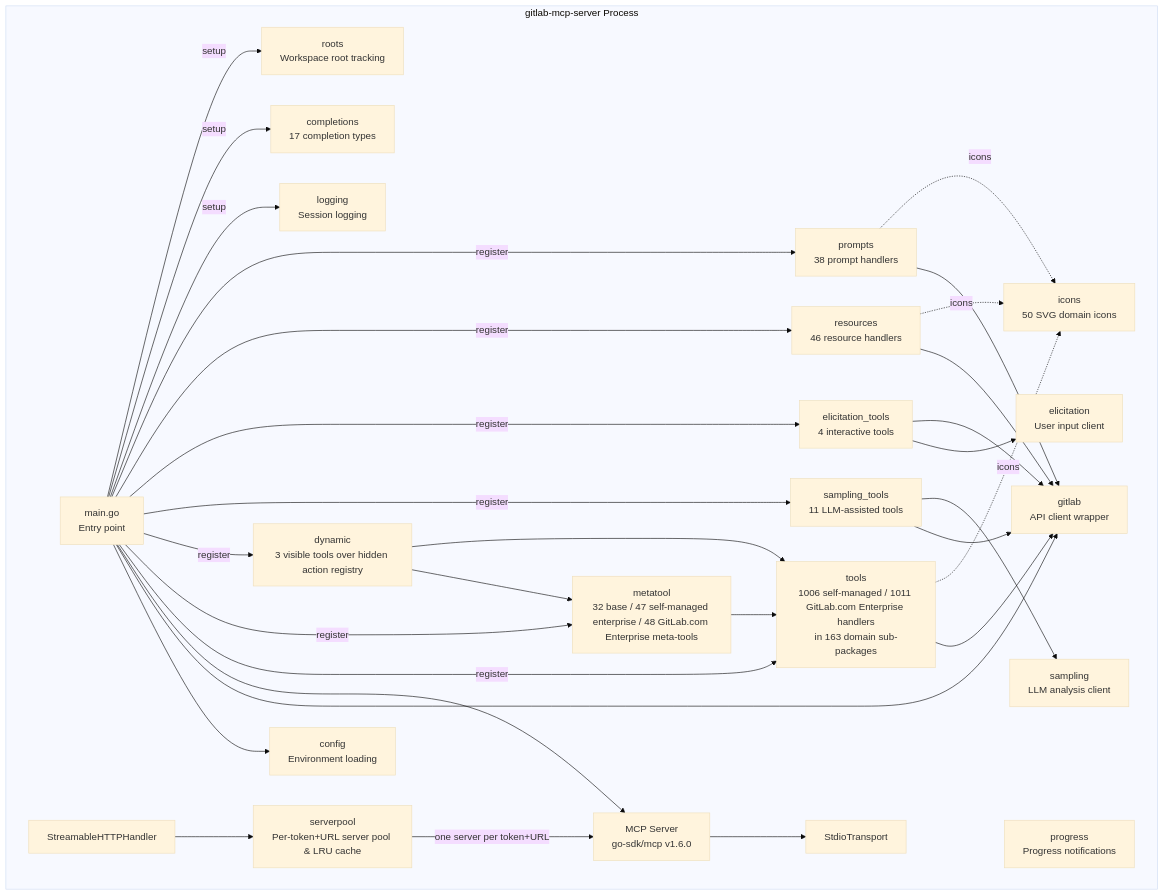
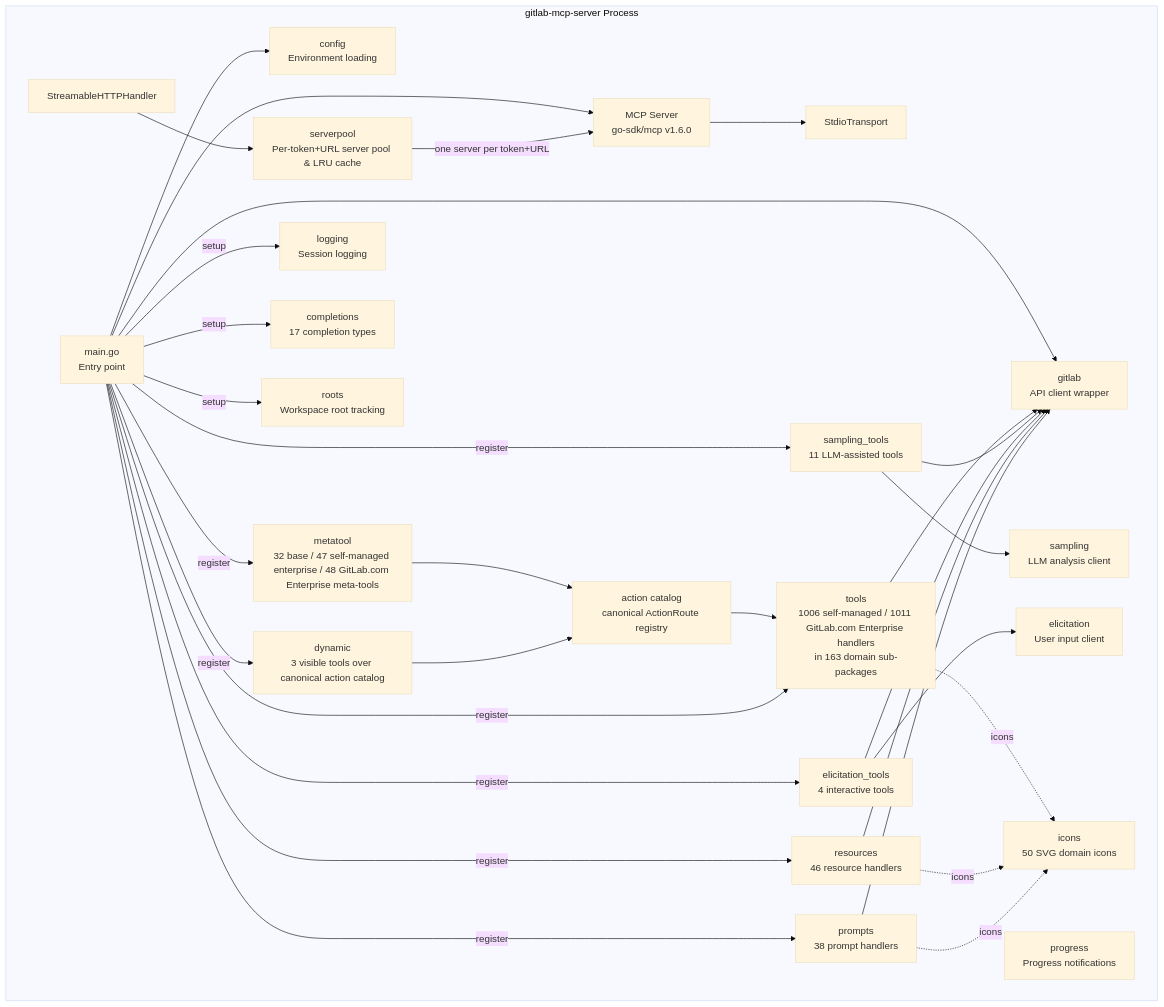
The third of 11 diagrams in docs/architecture.md (jmrplens/gitlab-mcp-server), drawn with Mermaid (base theme) before and after one commit. The commit also changed other lines of this file and 62 other files, not shown here.

First line of the commit message:
feat(dynamic): add canonical action catalog

````diff
--- a/docs/architecture.md
+++ b/docs/architecture.md
@@ -64,56 +64,57 @@
 ```mermaid
 graph TD
     subgraph "gitlab-mcp-server Process"
         MAIN[main.go<br/>Entry point]
         CFG[config<br/>Environment loading]
         GL[gitlab<br/>API client wrapper]
         TOOLS[tools<br/>1006 self-managed / 1011 GitLab.com Enterprise handlers<br/>in 163 domain sub-packages]
+        CATALOG[action catalog<br/>canonical ActionRoute registry]
         META[metatool<br/>32 base / 47 self-managed enterprise / 48 GitLab.com Enterprise meta-tools]
-        DYN[dynamic<br/>3 visible tools over hidden action registry]
+        DYN[dynamic<br/>3 visible tools over canonical action catalog]
         SAMP[sampling_tools<br/>11 LLM-assisted tools]
         ELIC[elicitation_tools<br/>4 interactive tools]
         RES[resources<br/>46 resource handlers]
         PROMPTS[prompts<br/>38 prompt handlers]
         LOG[logging<br/>Session logging]
         COMP[completions<br/>17 completion types]
         ROOTS[roots<br/>Workspace root tracking]
         PROG[progress<br/>Progress notifications]
         SAMPLING[sampling<br/>LLM analysis client]
         ELICIT[elicitation<br/>User input client]
         ICN[icons<br/>50 SVG domain icons]
         SRV[MCP Server<br/>go-sdk/mcp v1.6.0]
         STDIO[StdioTransport]
         HTTP[StreamableHTTPHandler]
         POOL[serverpool<br/>Per-token+URL server pool & LRU cache]
     end
 
     MAIN --> CFG
     MAIN --> GL
     MAIN --> SRV
     SRV --> STDIO
     HTTP --> POOL
     POOL -->|one server per token+URL| SRV
     TOOLS --> GL
-    META --> TOOLS
-    DYN --> META
-    DYN --> TOOLS
+    META --> CATALOG
+    DYN --> CATALOG
+    CATALOG --> TOOLS
     SAMP --> GL
     SAMP --> SAMPLING
     ELIC --> ELICIT
     ELIC --> GL
     RES --> GL
     PROMPTS --> GL
     MAIN -->|register| TOOLS
     MAIN -->|register| META
     MAIN -->|register| DYN
     MAIN -->|register| SAMP
     MAIN -->|register| ELIC
     MAIN -->|register| RES
     MAIN -->|register| PROMPTS
     TOOLS -.->|icons| ICN
     RES -.->|icons| ICN
     PROMPTS -.->|icons| ICN
     MAIN -->|setup| LOG
     MAIN -->|setup| COMP
     MAIN -->|setup| ROOTS
 ```
````
